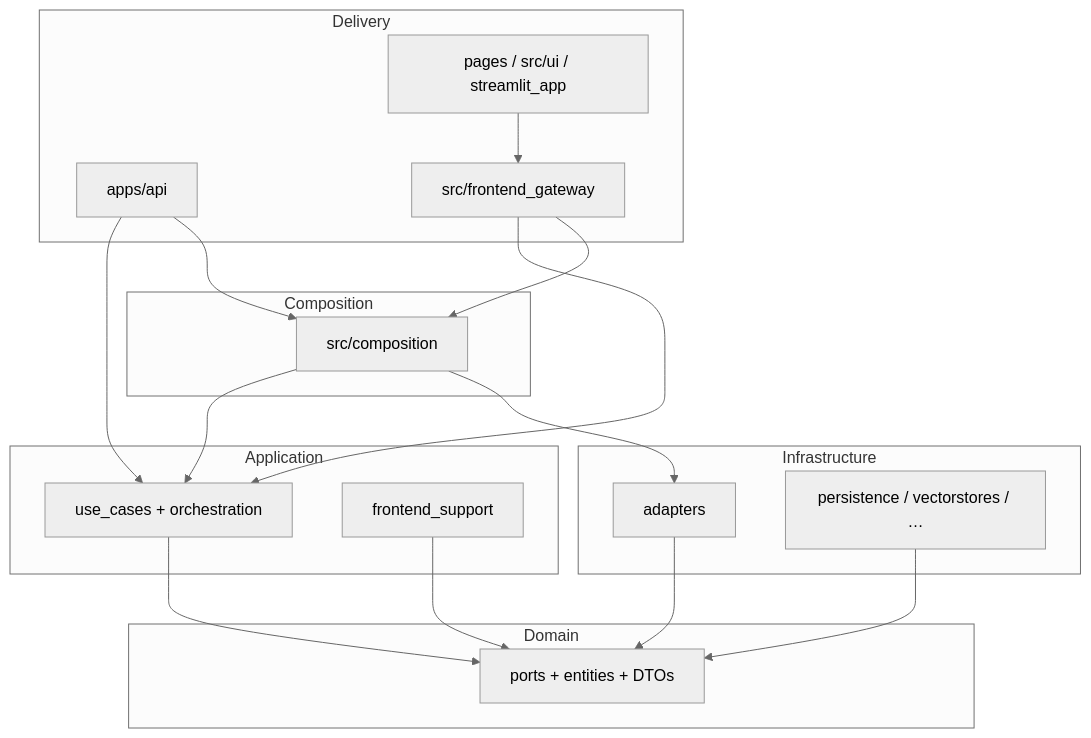
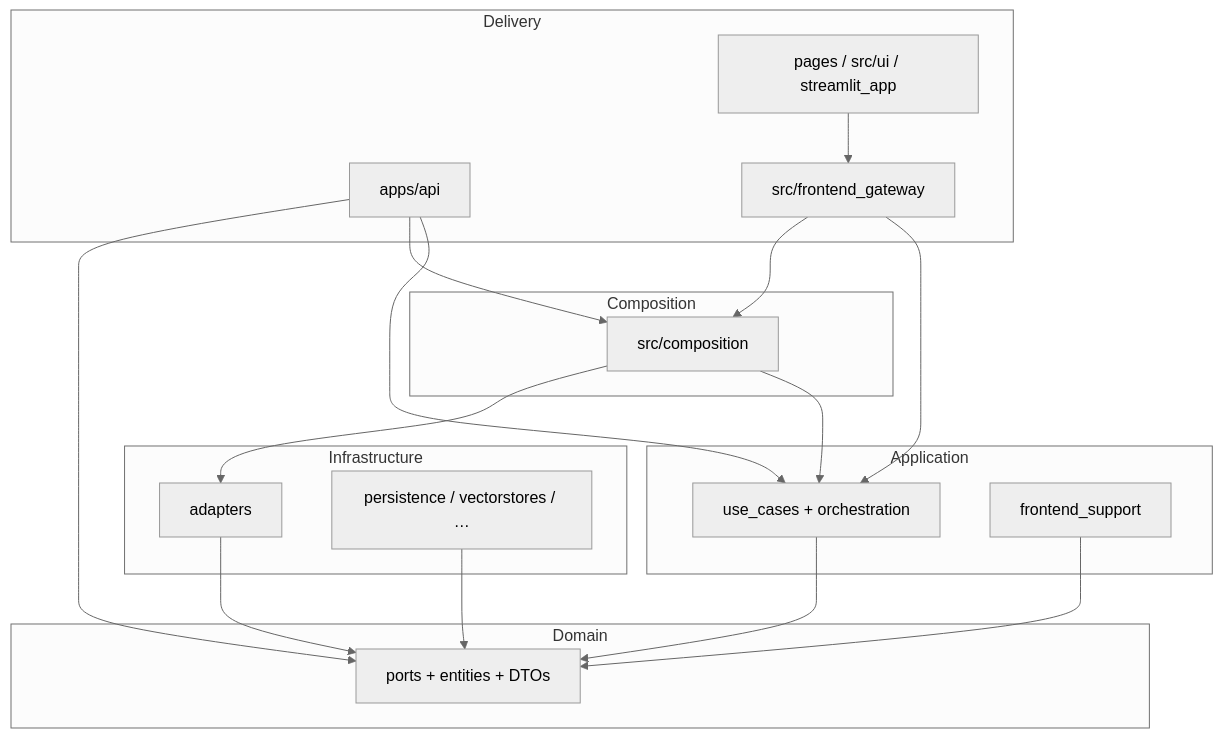
Before and after one commit to amosbangmo/ragcraft: the diagram in docs/architecture.md, drawn with Mermaid (neutral theme). The commit also changed other lines of this file and 12 other files, not shown here.

First line of the commit message:
chore(architecture): lock final guardrails and declare clean architecture migration complete

````diff
--- a/docs/architecture.md
+++ b/docs/architecture.md
@@ -85,33 +85,34 @@
 ```mermaid
 flowchart TB
   subgraph delivery["Delivery"]
     API["apps/api"]
     GW["src/frontend_gateway"]
     UI["pages / src/ui / streamlit_app"]
   end
   subgraph comp["Composition"]
     COMP["src/composition"]
   end
   subgraph app["Application"]
     UC["use_cases + orchestration"]
     FS["frontend_support"]
   end
   subgraph dom["Domain"]
     PORTS["ports + entities + DTOs"]
   end
   subgraph infra["Infrastructure"]
     ADP["adapters"]
     TECH["persistence / vectorstores / …"]
   end
   API --> UC
   API --> COMP
+  API --> PORTS
   GW --> UC
   GW --> COMP
   UI --> GW
   COMP --> UC
   COMP --> ADP
   UC --> PORTS
   ADP --> PORTS
   TECH --> PORTS
   FS --> PORTS
 ```
````
